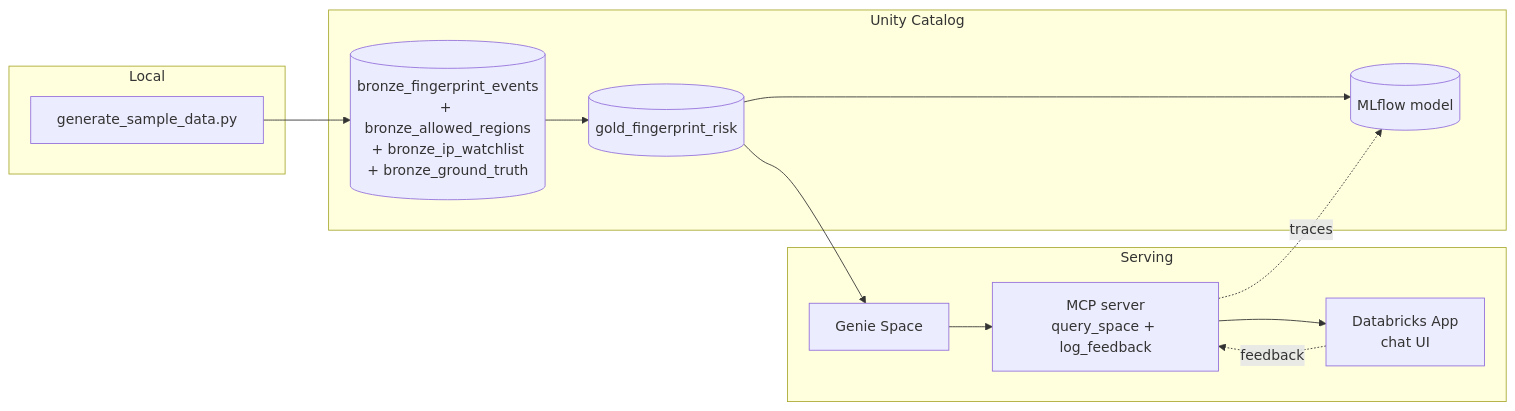
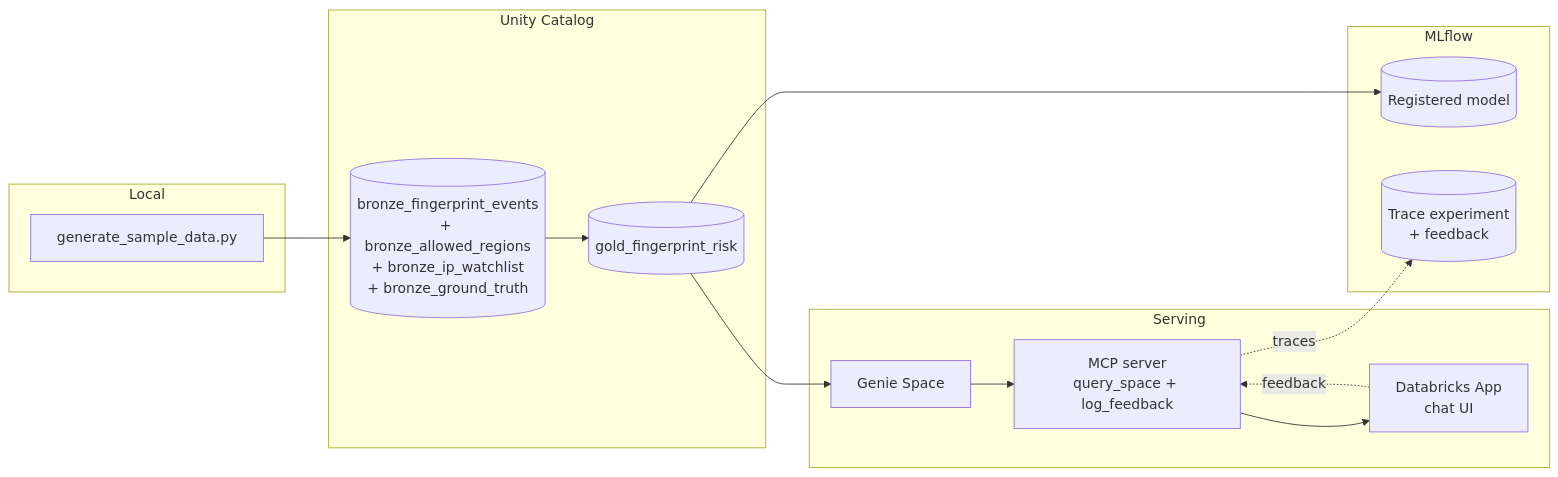
Before and after one commit to maxatdatabricks/geocomply-ai-dev-kit-workshop: the diagram in README.md, drawn with Mermaid. The commit also changed other lines of this file, not shown here.

Commit message:
Revise README.md for AI Dev Kit Workshop; enhance clarity on data ingestion processes, update model registration instructions, and improve feedback logging details for LLMOps integration.

````diff
--- a/README.md
+++ b/README.md
@@ -21,24 +21,27 @@
 ```mermaid
 flowchart LR
   subgraph local[Local]
     gen[generate_sample_data.py]
   end
   subgraph uc[Unity Catalog]
     bronze[(bronze_fingerprint_events<br/>+ bronze_allowed_regions<br/>+ bronze_ip_watchlist<br/>+ bronze_ground_truth)]
     gold[(gold_fingerprint_risk)]
-    model[(MLflow model)]
+  end
+  subgraph mlflow[MLflow]
+    model[(Registered model)]
+    traces[(Trace experiment<br/>+ feedback)]
   end
   subgraph serving[Serving]
     genie[Genie Space]
     mcp[MCP server<br/>query_space + log_feedback]
     app[Databricks App<br/>chat UI]
   end
   gen --> bronze
   bronze --> gold
   gold --> model
   gold --> genie
   genie --> mcp
   mcp --> app
   app -.feedback.-> mcp
-  mcp -.traces.-> model
+  mcp -.traces.-> traces
 ```
````
